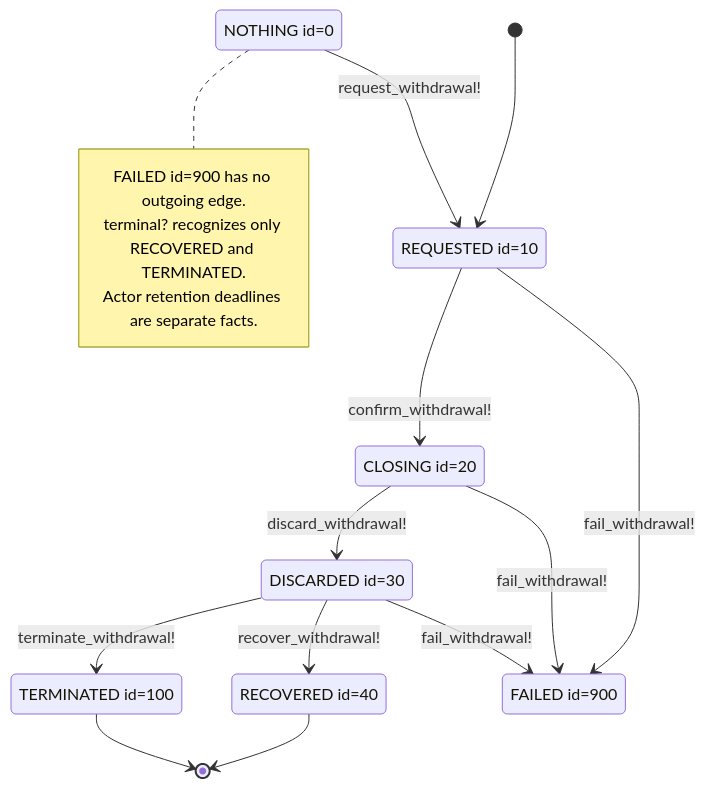
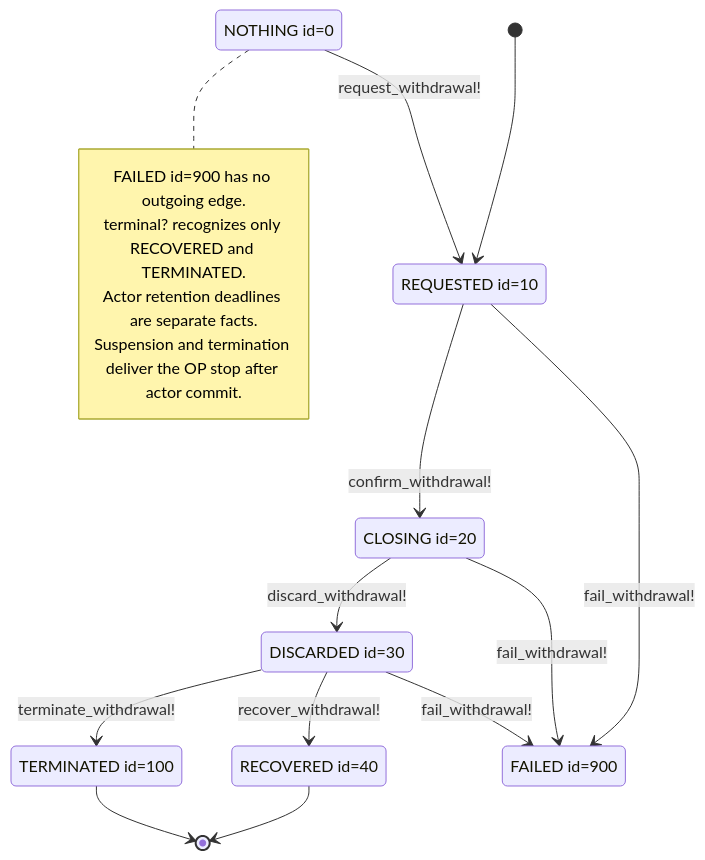
One commit to seahal/umaxica-apps-jit-global changed the diagram in docs/mermaid/idp-client-withdrawal.mmd. Above: the diagram before and after it, drawn with Mermaid. The commit also changed 3609 other files, not shown here.

```diff
--- a/docs/mermaid/idp-client-withdrawal.mmd
+++ b/docs/mermaid/idp-client-withdrawal.mmd
@@ -1,25 +1,26 @@
 stateDiagram-v2
     %% CURRENT implementation; sources and guards in transition inventory.
     state "NOTHING id=0" as NOTHING
     state "REQUESTED id=10" as REQUESTED
     state "CLOSING id=20" as CLOSING
     state "DISCARDED id=30" as DISCARDED
     state "RECOVERED id=40" as RECOVERED
     state "TERMINATED id=100" as TERMINATED
     state "FAILED id=900" as FAILED
     [*] --> REQUESTED
     NOTHING --> REQUESTED: request_withdrawal!
     REQUESTED --> CLOSING: confirm_withdrawal!
     CLOSING --> DISCARDED: discard_withdrawal!
     DISCARDED --> RECOVERED: recover_withdrawal!
     DISCARDED --> TERMINATED: terminate_withdrawal!
     REQUESTED --> FAILED: fail_withdrawal!
     CLOSING --> FAILED: fail_withdrawal!
     DISCARDED --> FAILED: fail_withdrawal!
     RECOVERED --> [*]
     TERMINATED --> [*]
     note right of NOTHING
         FAILED id=900 has no outgoing edge.
         terminal? recognizes only RECOVERED and TERMINATED.
         Actor retention deadlines are separate facts.
+        Suspension and termination deliver the OP stop after actor commit.
     end note
```
